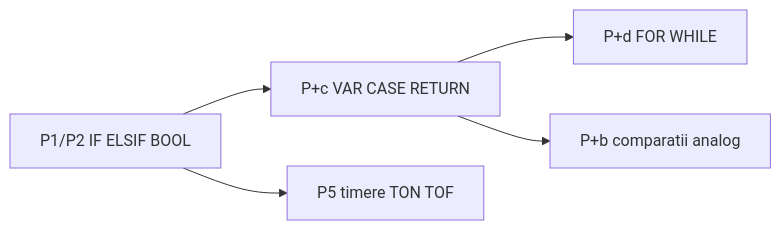
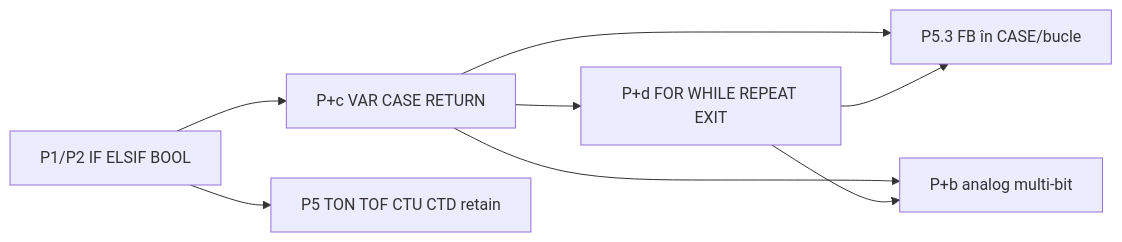
One commit to epsislow/logic-algebra-js changed the second of 4 diagrams in library/logTscript/.cursor/plans/comp_plc.plan.md. Above: the diagram before and after it, drawn with Mermaid. The commit also changed other lines of this file and 7 other files, not shown here.

````diff
--- a/library/logTscript/.cursor/plans/comp_plc.plan.md
+++ b/library/logTscript/.cursor/plans/comp_plc.plan.md
@@ -374,11 +625,15 @@
 ```mermaid
 flowchart LR
   P12[P1/P2 IF ELSIF BOOL]
   Pc[P+c VAR CASE RETURN]
-  Pd[P+d FOR WHILE]
-  P5[P5 timere TON TOF]
-  Pb[P+b comparatii analog]
+  Pd[P+d FOR WHILE REPEAT EXIT]
+  P53[P5.3 FB în CASE/bucle]
+  Pb[P+b analog multi-bit]
+  P5[P5 TON TOF CTU CTD retain]
   P12 --> Pc --> Pd
+  Pc --> P53
+  Pd --> P53
   P12 --> P5
   Pc --> Pb
+  Pd --> Pb
 ```
````
